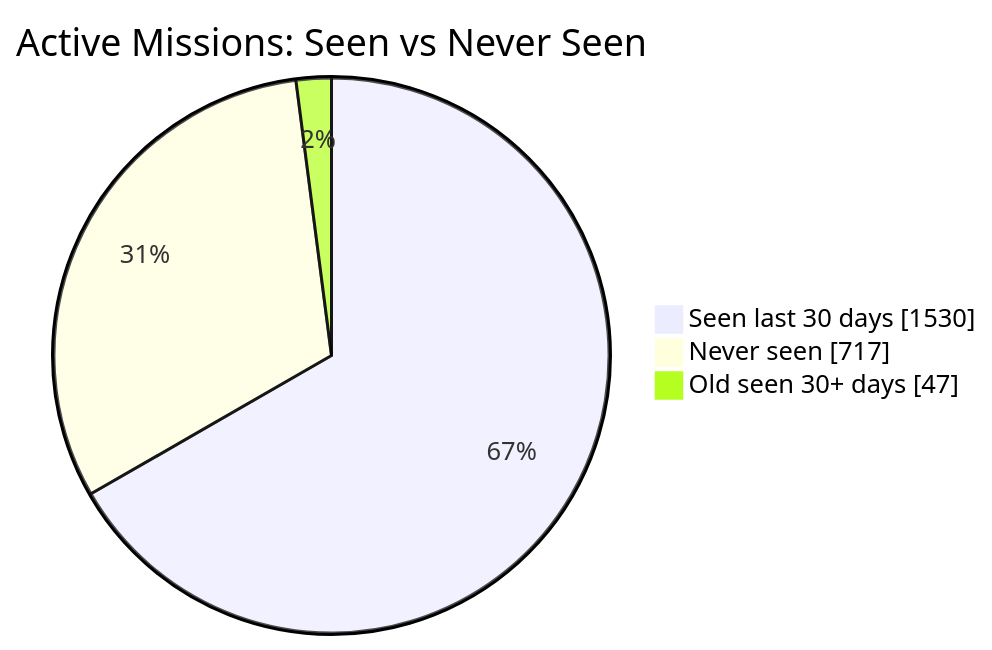
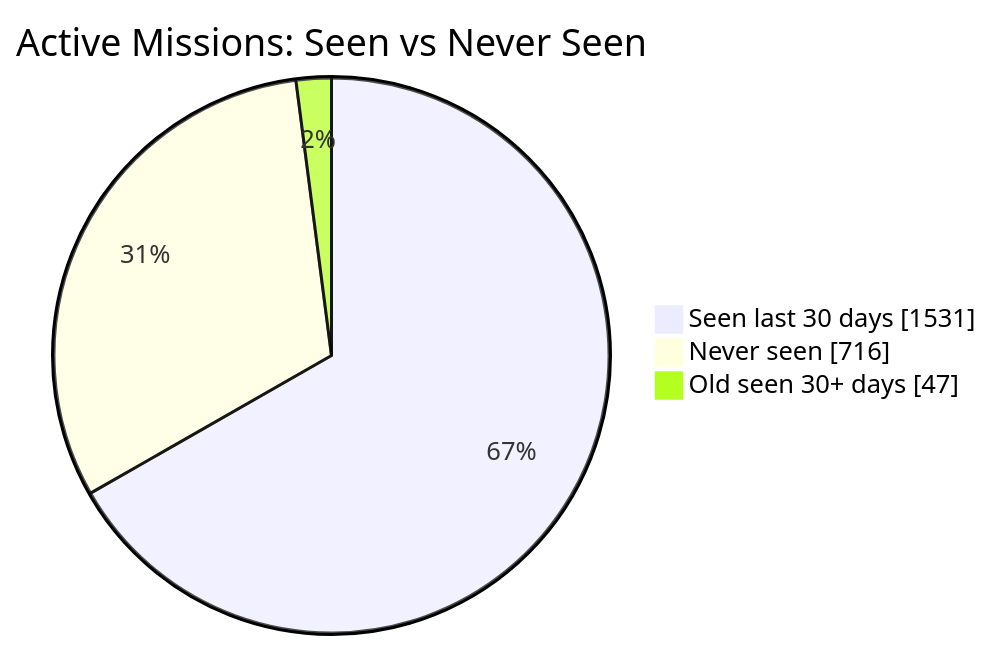
Before and after one commit to MeldkamerspelGameTeam/active-missions: the first of 2 diagrams in README.md, drawn with Mermaid. The commit also changed other lines of this file and 3 other files, not shown here.

````diff
--- a/README.md
+++ b/README.md
@@ -34,7 +34,7 @@
 ```mermaid
 pie showData
     title Active Missions: Seen vs Never Seen
-    "Seen last 30 days" : 1530
-    "Never seen" : 717
+    "Seen last 30 days" : 1531
+    "Never seen" : 716
     "Old seen 30+ days" : 47
 ```
````
